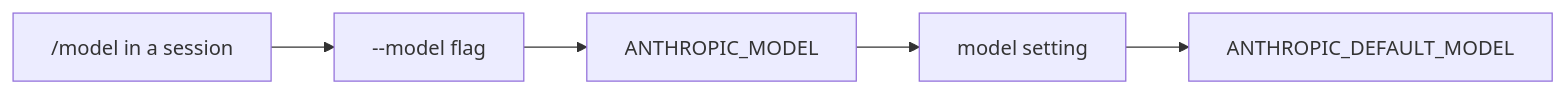
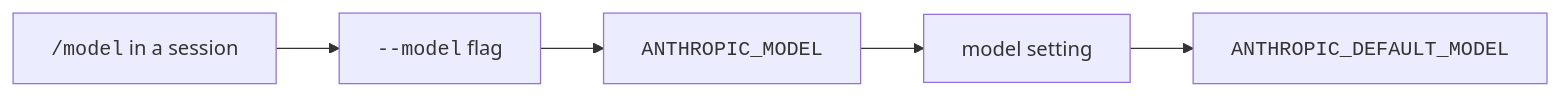
One commit to xsyetopz/claude-code-docs changed the diagram in docs/configure/models-and-providers.md. Above: the diagram before and after it, drawn with Mermaid. The commit also changed other lines of this file and 164 other files, not shown here.

First line of the commit message:
docs: linked citations, yes/no markers, file trees, code in diagrams

````diff
--- a/docs/configure/models-and-providers.md
+++ b/docs/configure/models-and-providers.md
@@ -24,7 +24,7 @@
 ```mermaid
 flowchart LR
-  A["/model in a session"] --> B["--model flag"]
-  B --> C["ANTHROPIC_MODEL"]
+  A["<code>/model</code> in a session"] --> B["<code>--model</code> flag"]
+  B --> C["<code>ANTHROPIC_MODEL</code>"]
   C --> D["model setting"]
-  D --> E["ANTHROPIC_DEFAULT_MODEL"]
+  D --> E["<code>ANTHROPIC_DEFAULT_MODEL</code>"]
 ```
````
